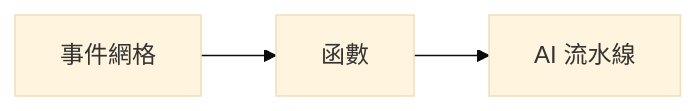
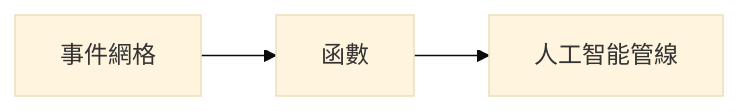
The second of 2 diagrams in translations/zh-MO/docs/chapter-08-production/README.md (microsoft/AZD-for-beginners), drawn with Mermaid (base theme) before and after one commit. The commit also changed other lines of this file and 104 other files, not shown here.

````diff
--- a/translations/zh-MO/docs/chapter-08-production/README.md
+++ b/translations/zh-MO/docs/chapter-08-production/README.md
@@ -56,4 +57,4 @@
 ```mermaid
 graph LR
-    EventGrid[事件網格] --> Functions[函數] --> Pipeline[AI 流水線]
+    EventGrid[事件網格] --> Functions[函數] --> Pipeline[人工智能管線]
 ```
````
